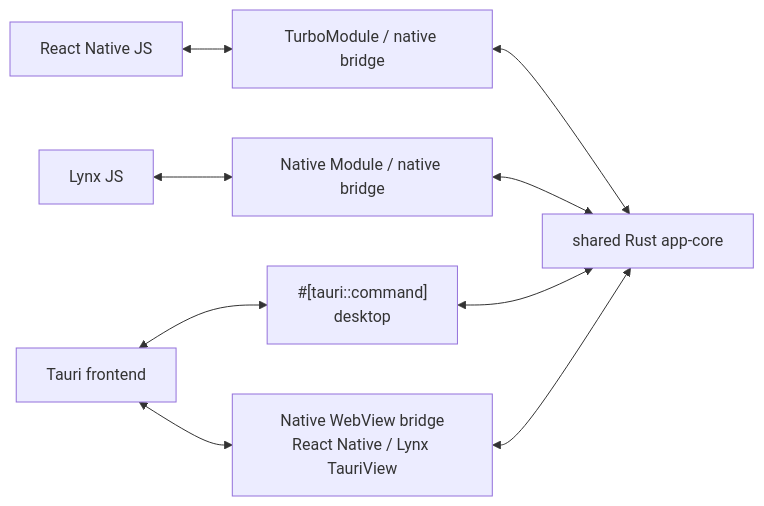
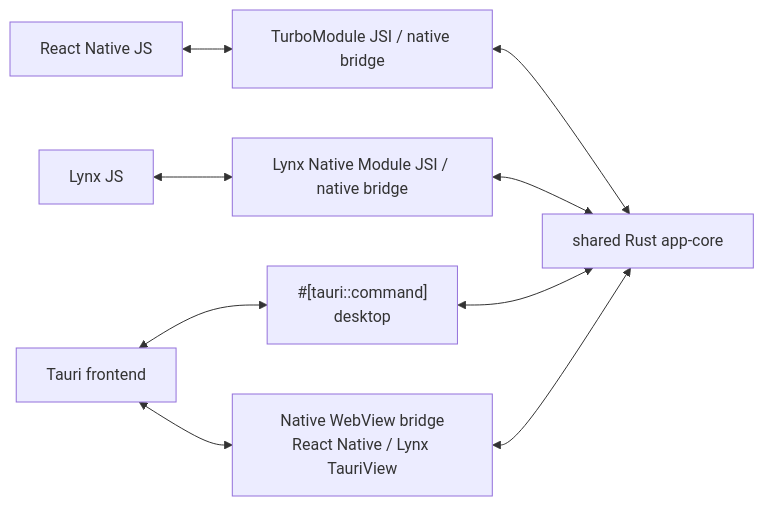
Before and after one commit to gronxb/tauri-native: the diagram in README.md, drawn with Mermaid. The commit also changed other lines of this file and 42 other files, not shown here.

````diff
--- a/README.md
+++ b/README.md
@@ -91,14 +91,14 @@
 ```mermaid
 flowchart LR
-  RN["React Native JS"] <--> JSI["TurboModule / native bridge"]
+  RN["React Native JS"] <--> JSI["TurboModule JSI / native bridge"]
   JSI <--> RUST["shared Rust app-core"]
 
-  LYNX["Lynx JS"] <--> LYNX_BRIDGE["Native Module / native bridge"]
+  LYNX["Lynx JS"] <--> LYNX_BRIDGE["Lynx Native Module JSI / native bridge"]
   LYNX_BRIDGE <--> RUST
 
   TAURI["Tauri frontend"] <--> COMMAND["#[tauri::command]<br/>desktop"]
   COMMAND <--> RUST
 
   TAURI <--> WEBVIEW["Native WebView bridge<br/>React Native / Lynx TauriView"]
   WEBVIEW <--> RUST
 ```
````
